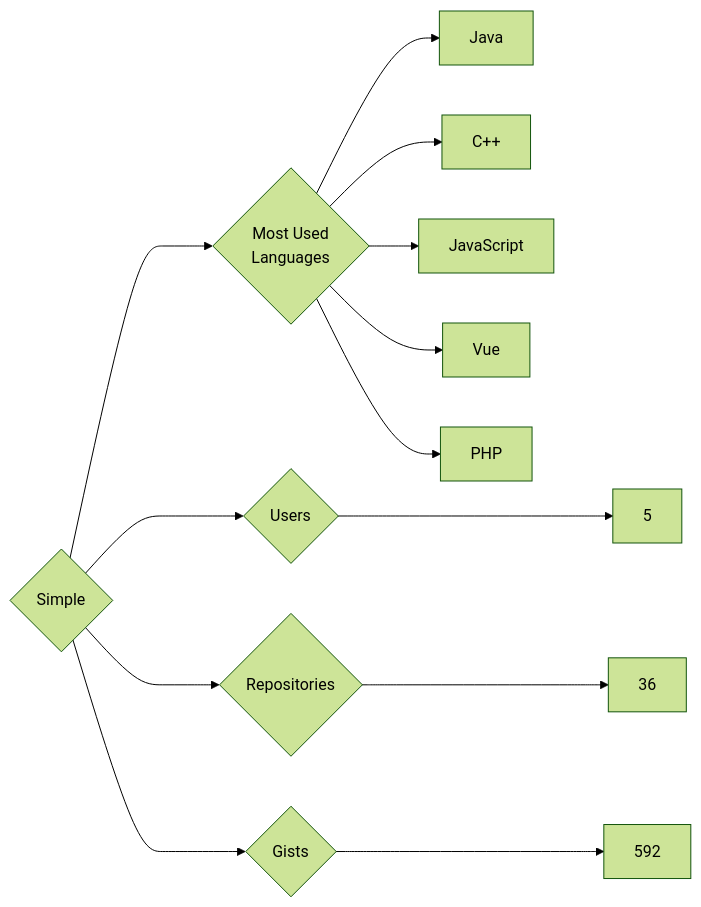
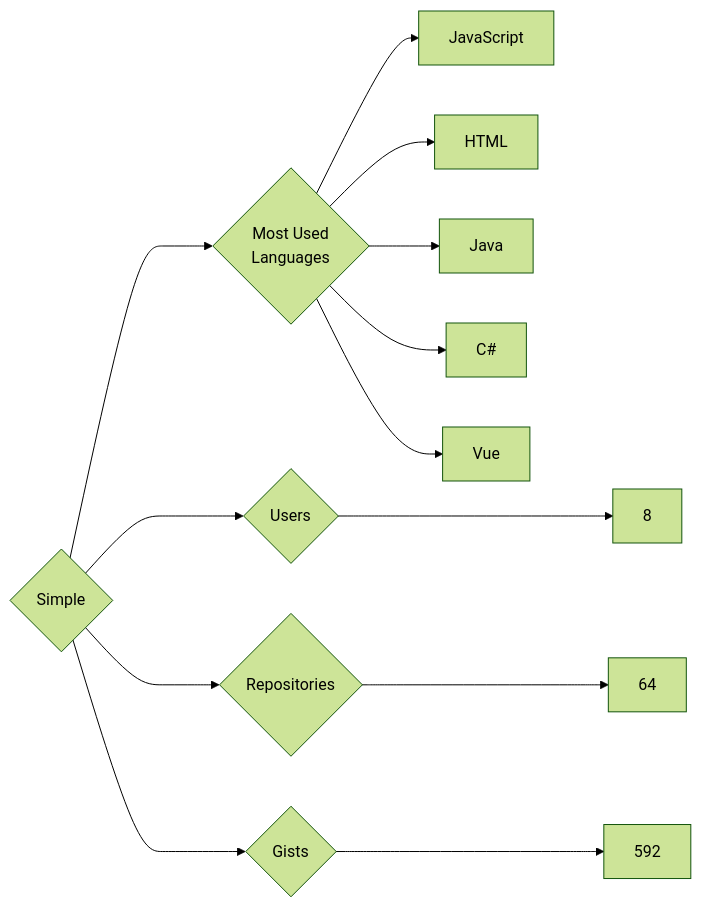
Before and after one commit to trickest/insiders: the diagram in targets/Simple/README.md, drawn with Mermaid (forest theme). The commit also changed 1496 other files, not shown here.

````diff
--- a/targets/Simple/README.md
+++ b/targets/Simple/README.md
@@ -3,13 +3,13 @@
 ```mermaid
 graph LR
 COMPANY_NAME{Simple}
-COMPANY_NAME ---> U{Users} ---> UN[5]
-COMPANY_NAME ---> R{Repositories} ---> RN[36]
+COMPANY_NAME ---> U{Users} ---> UN[8]
+COMPANY_NAME ---> R{Repositories} ---> RN[64]
 COMPANY_NAME ---> G{Gists} ---> GN[592]
 COMPANY_NAME ---> ML{Most Used<br>Languages}
+ML --> JavaScript[JavaScript]
+ML --> HTML[HTML]
 ML --> Java[Java]
-ML --> C++[C++]
-ML --> JavaScript[JavaScript]
+ML --> C#[C#]
 ML --> Vue[Vue]
-ML --> PHP[PHP]
 ```
````
